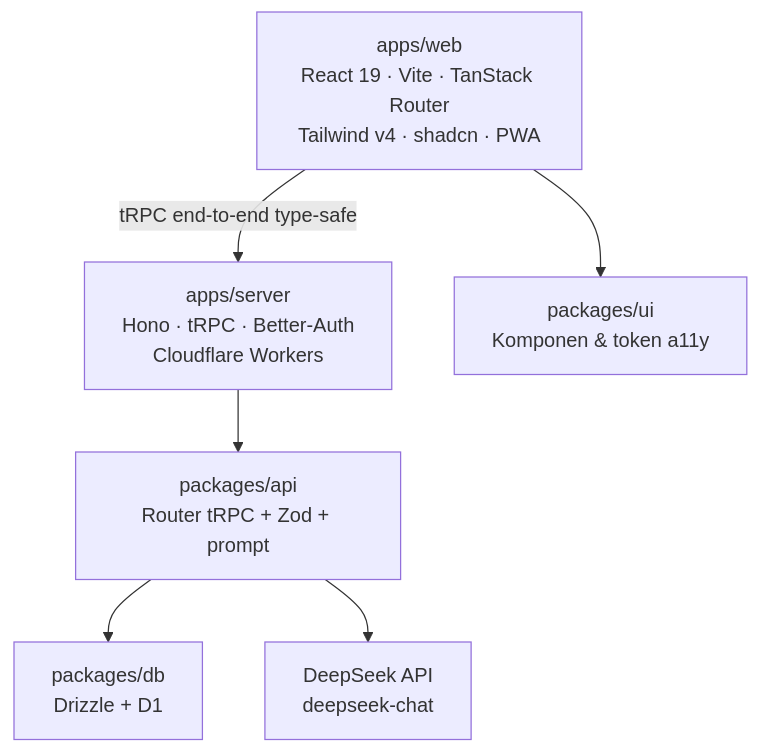
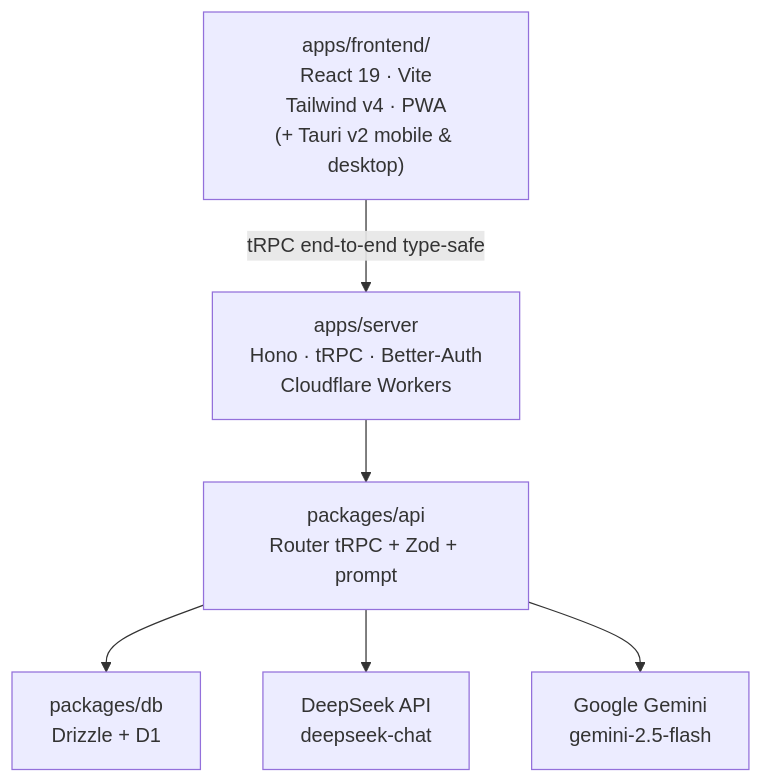
One commit to radithyaa/Mudahin changed the second of 2 diagrams in README.md. Above: the diagram before and after it, drawn with Mermaid. The commit also changed other lines of this file and 161 other files, not shown here.

First line of the commit message:
refactor(web): rename apps/web to apps/frontend

````diff
--- a/README.md
+++ b/README.md
@@ -94,15 +291,15 @@
 ```mermaid
 flowchart TD
-    Web["apps/web<br/>React 19 · Vite · TanStack Router<br/>Tailwind v4 · shadcn · PWA"]
+    Frontend["apps/frontend/<br/>React 19 · Vite<br/>Tailwind v4 · PWA<br/>(+ Tauri v2 mobile & desktop)"]
     Server["apps/server<br/>Hono · tRPC · Better-Auth<br/>Cloudflare Workers"]
     Api["packages/api<br/>Router tRPC + Zod + prompt"]
     Db["packages/db<br/>Drizzle + D1"]
-    UI["packages/ui<br/>Komponen & token a11y"]
     DeepSeek["DeepSeek API<br/>deepseek-chat"]
+    Gemini["Google Gemini<br/>gemini-2.5-flash"]
 
-    Web -->|tRPC end-to-end type-safe| Server
+    Frontend -->|tRPC end-to-end type-safe| Server
     Server --> Api
     Api --> Db
     Api --> DeepSeek
-    Web --> UI
+    Api --> Gemini
 ```
````
